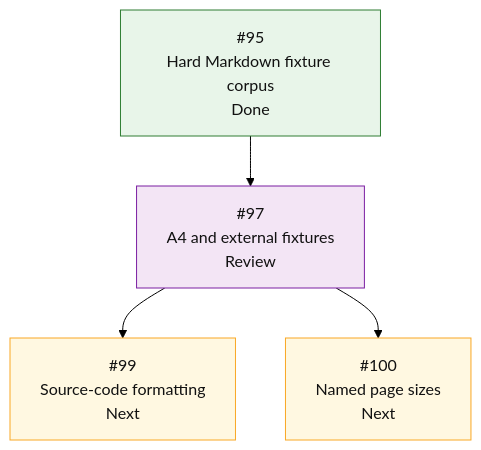
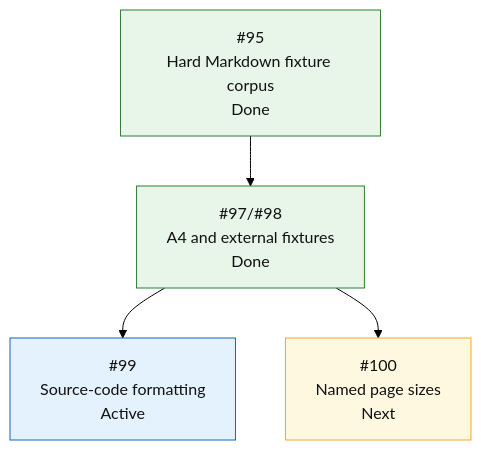
Before and after one commit to mihaelamj/MarkdownPDF: the fifth of 5 diagrams in README.md, drawn with Mermaid (forest theme).

Commit message:
docs(roadmap): mark source formatting active

````diff
--- a/README.md
+++ b/README.md
@@ -411,21 +411,21 @@
 ```mermaid
 flowchart TD
     H0["#95<br/>Hard Markdown fixture corpus<br/>Done"]
-    H1["#97<br/>A4 and external fixtures<br/>Review"]
-    H2["#99<br/>Source-code formatting<br/>Next"]
+    H1["#97/#98<br/>A4 and external fixtures<br/>Done"]
+    H2["#99<br/>Source-code formatting<br/>Active"]
     H3["#100<br/>Named page sizes<br/>Next"]
 
     H0 --> H1
     H1 --> H2
     H1 --> H3
 
     classDef done fill:#e8f5e9,stroke:#2e7d32,color:#111;
     classDef active fill:#e3f2fd,stroke:#1565c0,color:#111;
     classDef review fill:#f3e5f5,stroke:#7b1fa2,color:#111;
     classDef next fill:#fff8e1,stroke:#f9a825,color:#111;
     classDef todo fill:#eef3ff,stroke:#3367d6,color:#111;
     class H0 done;
-    class H1 review;
-    class H2 next;
+    class H1 done;
+    class H2 active;
     class H3 next;
 ```
````
